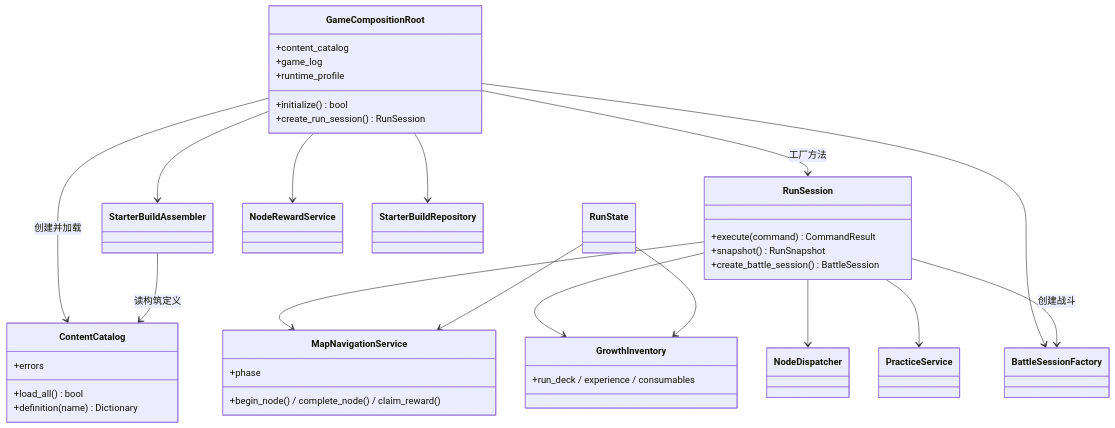
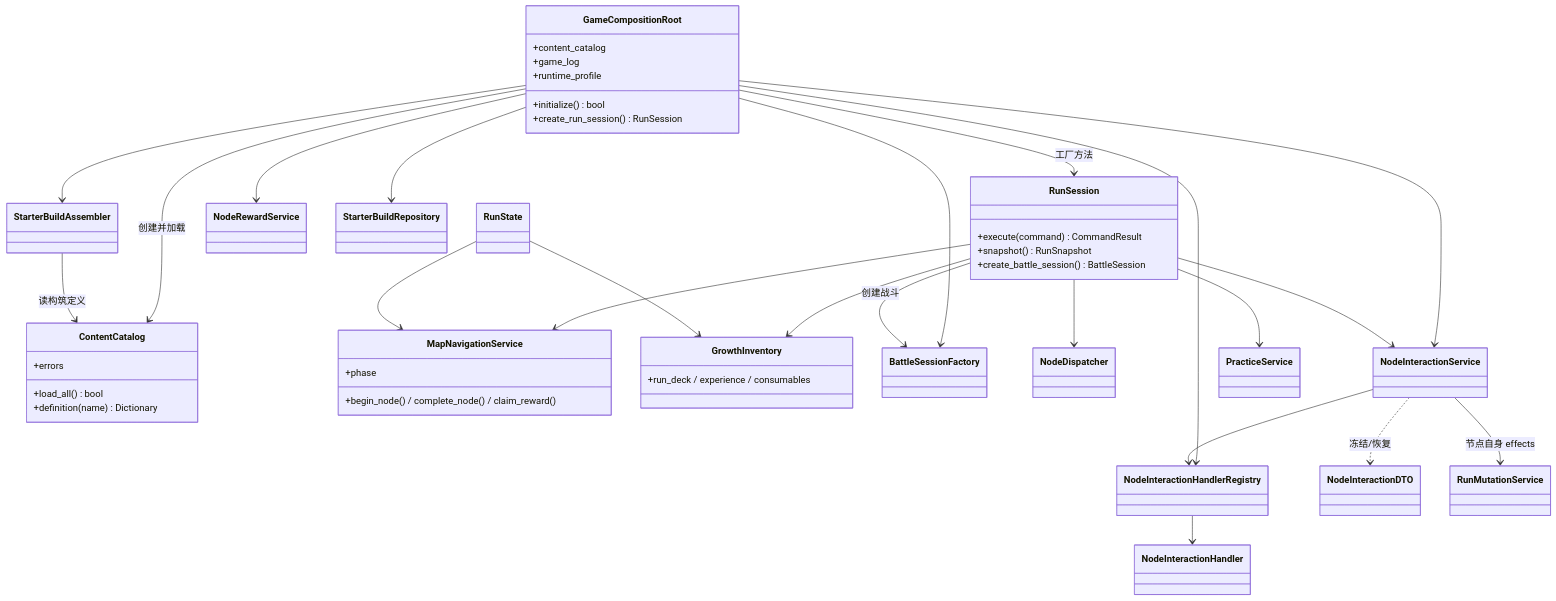
One commit to duguyumei/games changed the third of 12 diagrams in combo_duel_vslice/docs/architecture-diagrams.md. Above: the diagram before and after it, drawn with Mermaid. The commit also changed other lines of this file and 26 other files, not shown here.

````diff
--- a/combo_duel_vslice/docs/architecture-diagrams.md
+++ b/combo_duel_vslice/docs/architecture-diagrams.md
@@ -110,49 +110,61 @@
 ```mermaid
 classDiagram
     class GameCompositionRoot {
         +content_catalog
         +game_log
         +runtime_profile
         +initialize() bool
         +create_run_session() RunSession
     }
     class ContentCatalog {
         +load_all() bool
         +definition(name) Dictionary
         +errors
     }
     class RunSession {
         +execute(command) CommandResult
         +snapshot() RunSnapshot
         +create_battle_session() BattleSession
     }
     class MapNavigationService {
         +phase
         +begin_node() / complete_node() / claim_reward()
     }
     class GrowthInventory {
         +run_deck / experience / consumables
     }
     class RunState
     class BattleSessionFactory
     class NodeDispatcher
     class NodeRewardService
+    class NodeInteractionService
+    class NodeInteractionHandlerRegistry
+    class NodeInteractionHandler
+    class NodeInteractionDTO
+    class RunMutationService
     class StarterBuildRepository
     class StarterBuildAssembler
     class PracticeService
 
     GameCompositionRoot --> ContentCatalog : 创建并加载
     GameCompositionRoot --> RunSession : 工厂方法
     GameCompositionRoot --> BattleSessionFactory
     GameCompositionRoot --> StarterBuildRepository
     GameCompositionRoot --> StarterBuildAssembler
     GameCompositionRoot --> NodeRewardService
+    GameCompositionRoot --> NodeInteractionService
+    GameCompositionRoot --> NodeInteractionHandlerRegistry
     RunSession --> MapNavigationService
     RunSession --> GrowthInventory
     RunSession --> NodeDispatcher
+    RunSession --> NodeInteractionService
+    NodeInteractionService --> NodeInteractionHandlerRegistry
+    NodeInteractionHandlerRegistry --> NodeInteractionHandler
+    NodeInteractionService ..> NodeInteractionDTO : 冻结/恢复
+    NodeInteractionService --> RunMutationService : 节点自身 effects
     RunSession --> PracticeService
     RunSession --> BattleSessionFactory : 创建战斗
     RunState --> MapNavigationService
     RunState --> GrowthInventory
     StarterBuildAssembler --> ContentCatalog : 读构筑定义
 ```
````
